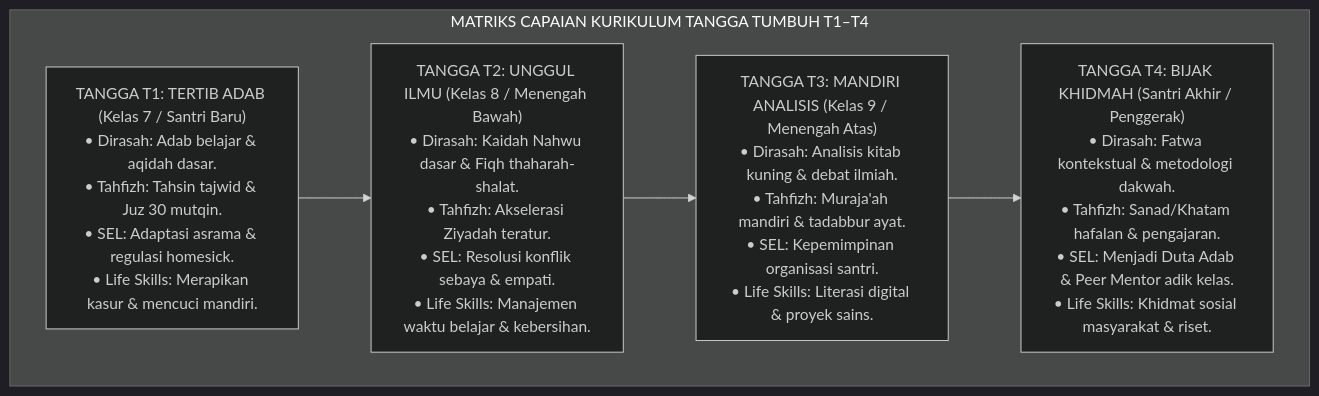
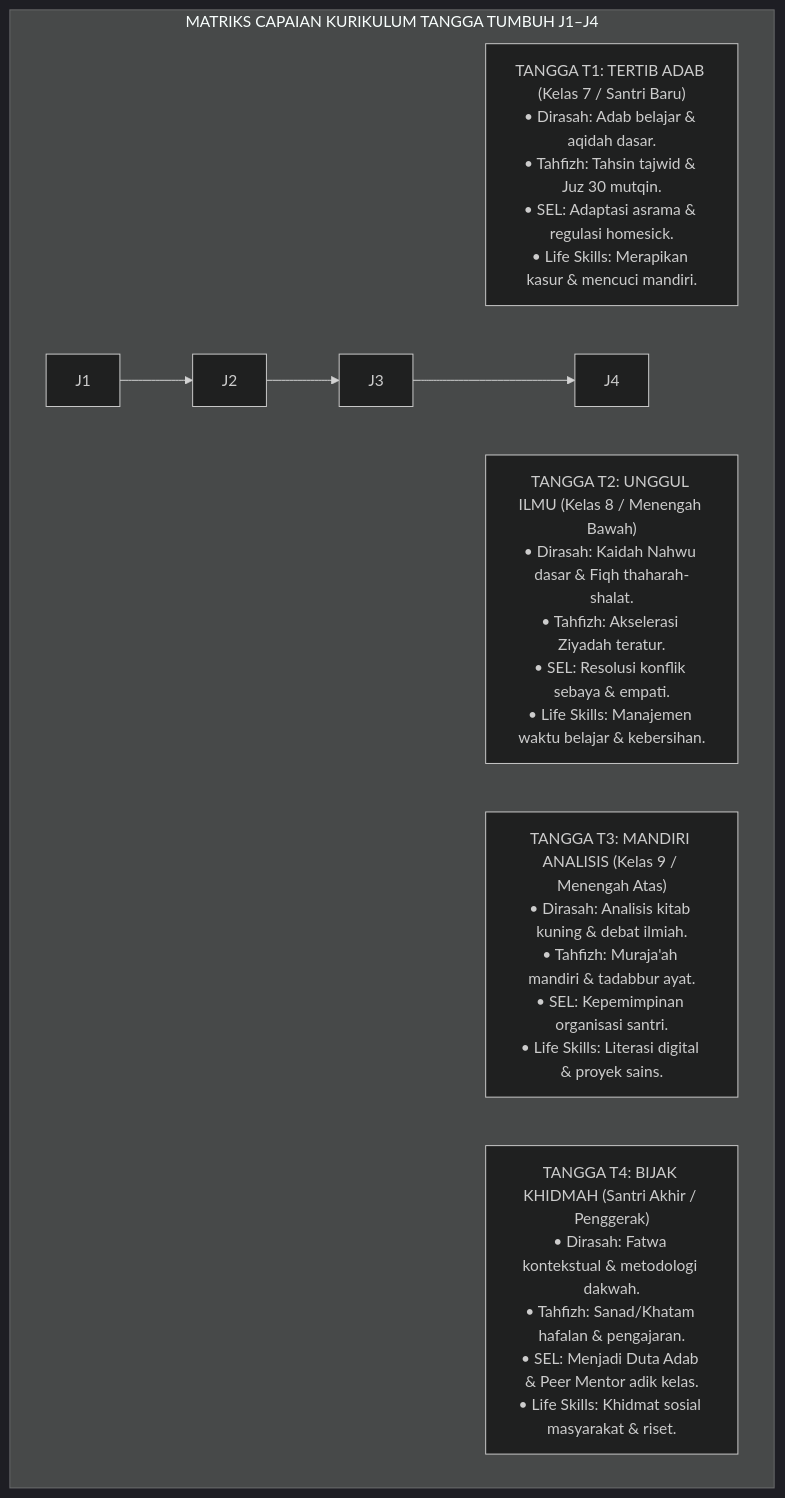
Before and after one commit to wandiapriliyandi/tumbuh: the seventh of 8 diagrams in 02 Principles/02 Design Principles/P2-02-01-Prinsip-Desain-Kurikulum-Holistik.md, drawn with Mermaid (dark theme). The commit also changed other lines of this file and 209 other files, not shown here.

````diff
--- a/02 Principles/02 Design Principles/P2-02-01-Prinsip-Desain-Kurikulum-Holistik.md
+++ b/02 Principles/02 Design Principles/P2-02-01-Prinsip-Desain-Kurikulum-Holistik.md
@@ -264,14 +264,14 @@
 ```mermaid
 graph TD
-    subgraph MatriksCapaianTUMBUH["MATRIKS CAPAIAN KURIKULUM TANGGA TUMBUH T1–T4"]
+    subgraph MatriksCapaianTUMBUH["MATRIKS CAPAIAN KURIKULUM TANGGA TUMBUH J1–J4"]
         T1["TANGGA T1: TERTIB ADAB (Kelas 7 / Santri Baru)<br/>• Dirasah: Adab belajar & aqidah dasar.<br/>• Tahfizh: Tahsin tajwid & Juz 30 mutqin.<br/>• SEL: Adaptasi asrama & regulasi homesick.<br/>• Life Skills: Merapikan kasur & mencuci mandiri."]
         
         T2["TANGGA T2: UNGGUL ILMU (Kelas 8 / Menengah Bawah)<br/>• Dirasah: Kaidah Nahwu dasar & Fiqh thaharah-shalat.<br/>• Tahfizh: Akselerasi Ziyadah teratur.<br/>• SEL: Resolusi konflik sebaya & empati.<br/>• Life Skills: Manajemen waktu belajar & kebersihan."]
         
         T3["TANGGA T3: MANDIRI ANALISIS (Kelas 9 / Menengah Atas)<br/>• Dirasah: Analisis kitab kuning & debat ilmiah.<br/>• Tahfizh: Muraja'ah mandiri & tadabbur ayat.<br/>• SEL: Kepemimpinan organisasi santri.<br/>• Life Skills: Literasi digital & proyek sains."]
         
         T4["TANGGA T4: BIJAK KHIDMAH (Santri Akhir / Penggerak)<br/>• Dirasah: Fatwa kontekstual & metodologi dakwah.<br/>• Tahfizh: Sanad/Khatam hafalan & pengajaran.<br/>• SEL: Menjadi Duta Adab & Peer Mentor adik kelas.<br/>• Life Skills: Khidmat sosial masyarakat & riset."]
         
-        T1 --> T2 --> T3 --> T4
+        J1 --> J2 --> J3 --> J4
     end
 ```
````
